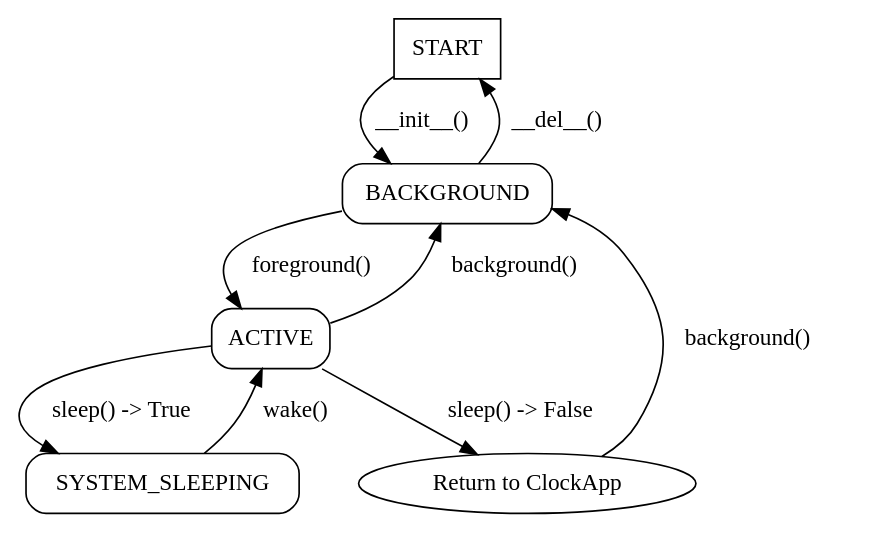
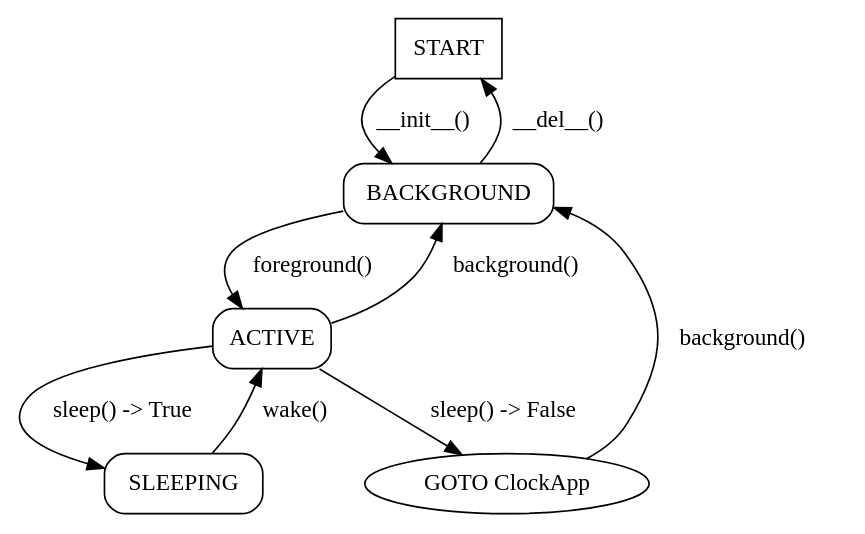
Before and after one commit to wasp-os/wasp-os: the diagram in docs/appguide.rst, drawn with Graphviz.

Commit message:
adding changes requestes by danielt about the diagram

```diff
--- a/docs/appguide.rst
+++ b/docs/appguide.rst
@@ -66,18 +66,18 @@
 .. graphviz::
 
     digraph lifecycle {
         START -> BACKGROUND [ label=" __init__()   " ];
         BACKGROUND -> START [ label=" __del__()   " ];
         BACKGROUND -> ACTIVE [ label=" foreground()   " ];
         ACTIVE -> BACKGROUND [ label=" background()   " ];
-        ACTIVE -> RET_TO_CLOCK [ label=" sleep() -> False   " ];
-        RET_TO_CLOCK -> BACKGROUND [ label=" background()   " ];
-        ACTIVE -> SYSTEM_SLEEPING [ label=" sleep() -> True   " ];
-        SYSTEM_SLEEPING -> ACTIVE [ label=" wake()   " ];
+        ACTIVE -> GO_TO_CLOCK [ label=" sleep() -> False   " ];
+        GO_TO_CLOCK -> BACKGROUND [ label=" background()   " ];
+        ACTIVE -> SLEEPING [ label=" sleep() -> True   " ];
+        SLEEPING -> ACTIVE [ label=" wake()   " ];
 
         START [ shape=box ];
         BACKGROUND [ shape=box, style=rounded ]
         ACTIVE [ shape=box, style=rounded ]
-        SYSTEM_SLEEPING [ shape=box, style=rounded ]
-        RET_TO_CLOCK [ label="Return to ClockApp" ];
+        SLEEPING [ shape=box, style=rounded ]
+        GO_TO_CLOCK [ label="GOTO ClockApp" ];
     }
```
